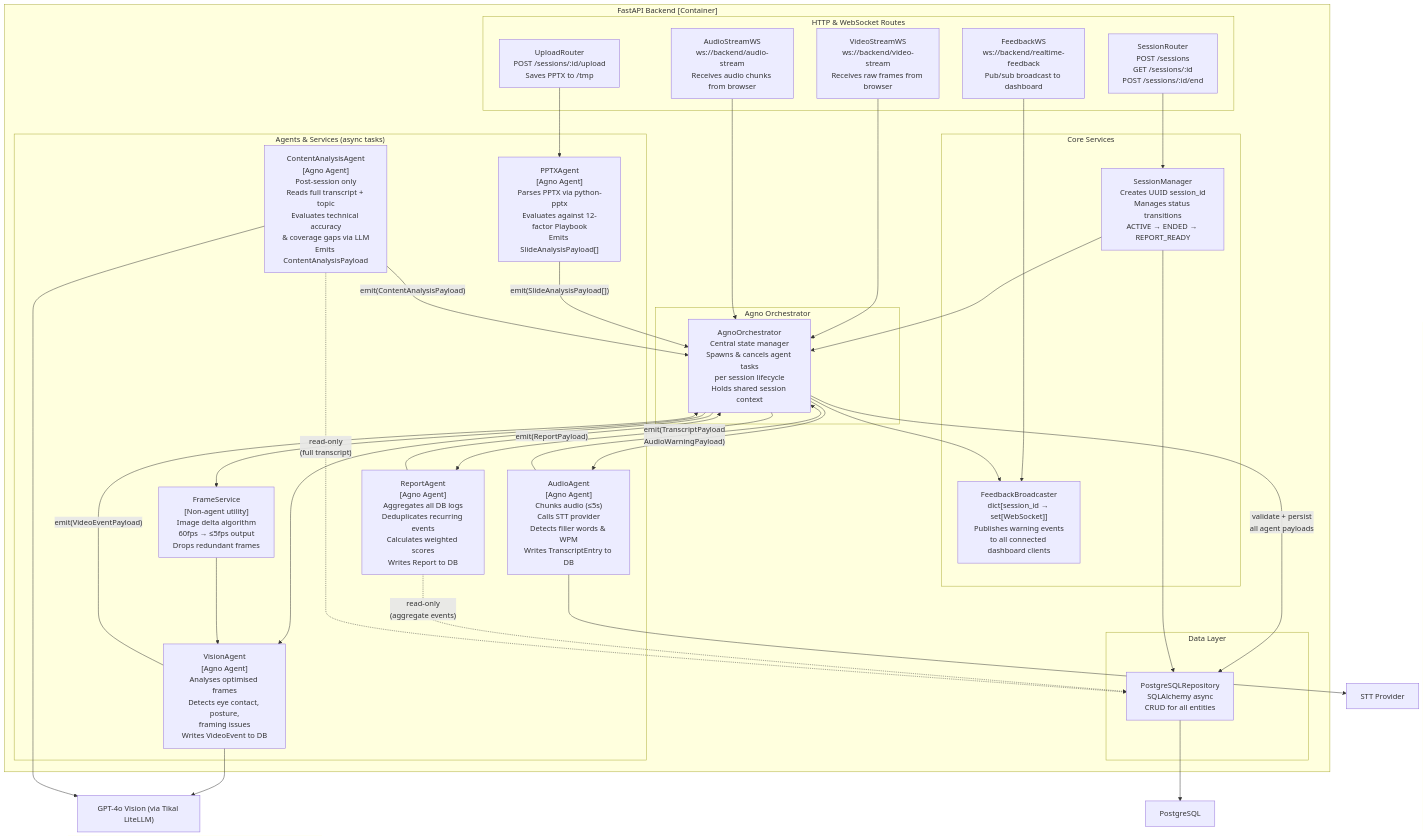
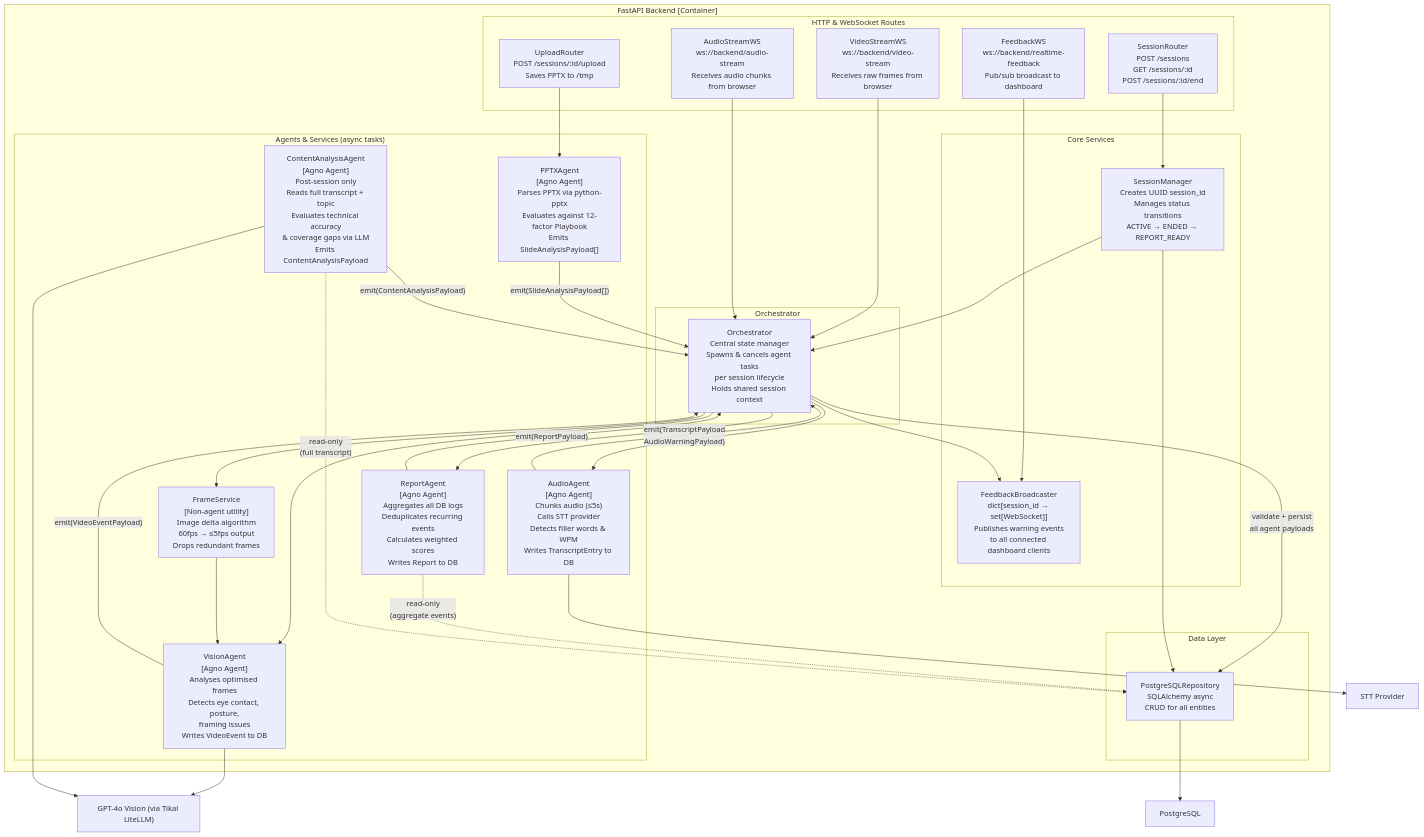
Before and after one commit to ColombusAH/octoprep2000: the third of 6 diagrams in docs/TECH-ARCHITECTURE-C4.md, drawn with Mermaid. The commit also changed other lines of this file and 9 other files, not shown here.

```diff
--- a/docs/TECH-ARCHITECTURE-C4.md
+++ b/docs/TECH-ARCHITECTURE-C4.md
@@ -137,8 +137,8 @@
             Broadcaster["FeedbackBroadcaster\ndict[session_id → set[WebSocket]]\nPublishes warning events\nto all connected dashboard clients"]
         end
 
-        subgraph Orchestrator["Agno Orchestrator"]
-            Agno["AgnoOrchestrator\nCentral state manager\nSpawns & cancels agent tasks\nper session lifecycle\nHolds shared session context"]
+        subgraph Orchestrator["Orchestrator"]
+            Agno["Orchestrator\nCentral state manager\nSpawns & cancels agent tasks\nper session lifecycle\nHolds shared session context"]
         end
 
         subgraph Agents["Agents & Services  (async tasks)"]
```
